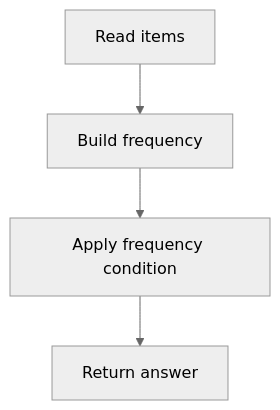
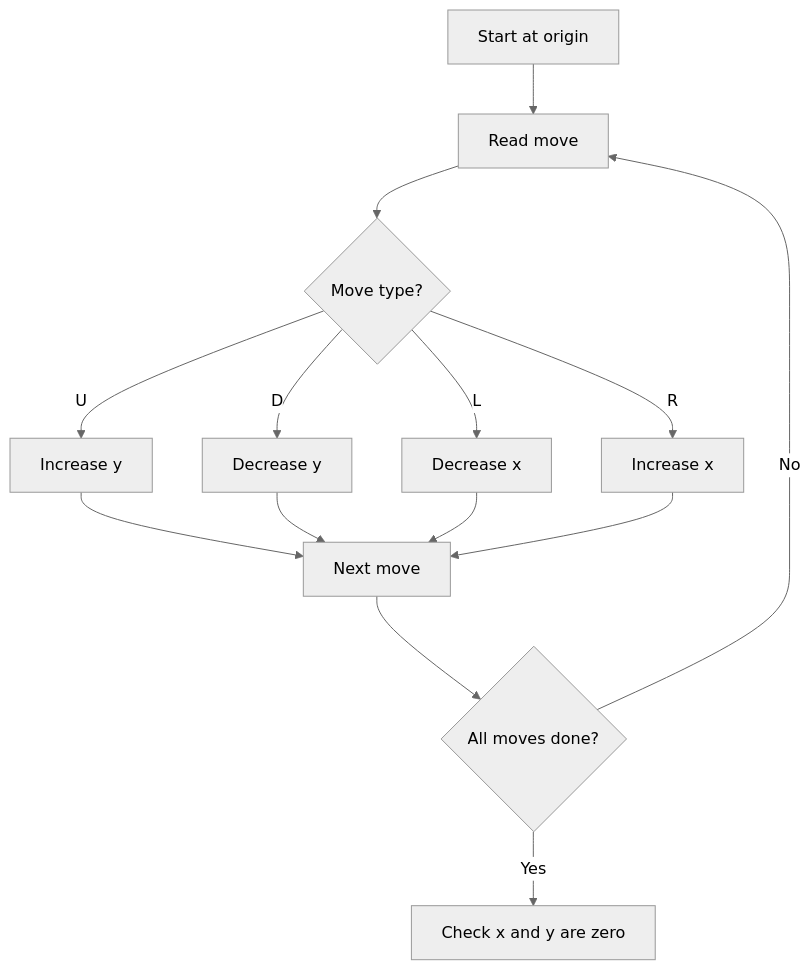
Before and after one commit to mthaiseer/springcloud-systemdesign-notes: the sixth of 23 diagrams in CP_DSA_NOTES/001_TOPIC_WISE/013_ADHOC_PROBLEMS.md, drawn with Mermaid (neutral theme). The commit also changed other lines of this file and 1 other file, not shown here.

````diff
--- a/CP_DSA_NOTES/001_TOPIC_WISE/013_ADHOC_PROBLEMS.md
+++ b/CP_DSA_NOTES/001_TOPIC_WISE/013_ADHOC_PROBLEMS.md
@@ -558,6 +427,16 @@
 ```mermaid
 flowchart TD
-    A["Read items"] --> B["Build frequency"]
-    B --> C["Apply frequency condition"]
-    C --> D["Return answer"]
+    A["Start at origin"] --> B["Read move"]
+    B --> C{"Move type?"}
+    C -->|U| D["Increase y"]
+    C -->|D| E["Decrease y"]
+    C -->|L| F["Decrease x"]
+    C -->|R| G["Increase x"]
+    D --> H["Next move"]
+    E --> H
+    F --> H
+    G --> H
+    H --> I{"All moves done?"}
+    I -->|No| B
+    I -->|Yes| J["Check x and y are zero"]
 ```
````
